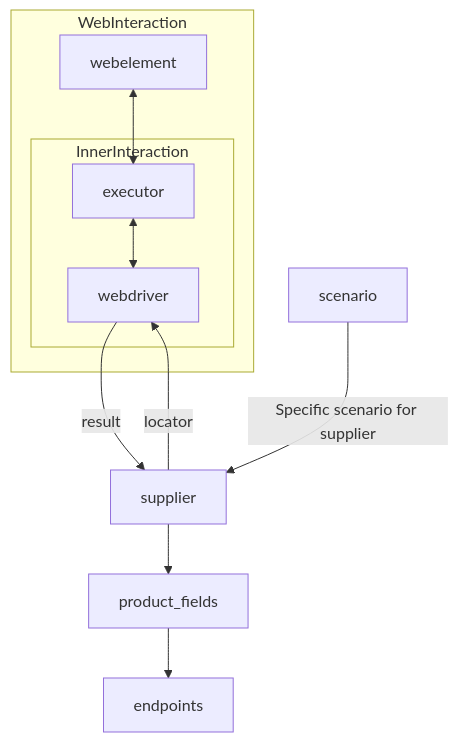
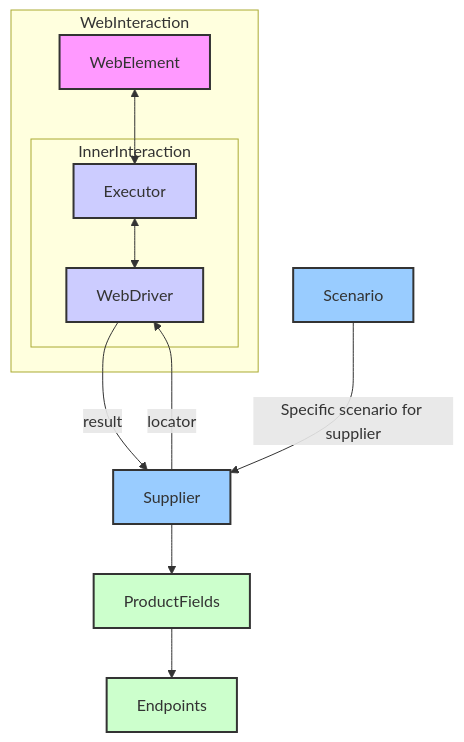
One commit to hypo69/hypo changed the second of 2 diagrams in docs/gemini/ru/explainer/src/suppliers/readme.ru.md.md. Above: the diagram before and after it, drawn with Mermaid. The commit also changed other lines of this file and 3338 other files, not shown here.

````diff
--- a/docs/gemini/ru/explainer/src/suppliers/readme.ru.md.md
+++ b/docs/gemini/ru/explainer/src/suppliers/readme.ru.md.md
@@ -78,15 +55,22 @@
 ```mermaid
 graph TD
     subgraph WebInteraction
-        webelement <--> executor
+        webelement[WebElement] <--> executor[Executor]
         subgraph InnerInteraction
-            executor <--> webdriver
+            executor <--> webdriver[WebDriver]
         end
     end
-    webdriver -->|result| supplier
+    webdriver -->|result| supplier[Supplier]
     supplier -->|locator| webdriver
-    supplier --> product_fields
-    product_fields --> endpoints
-    scenario -->|Specific scenario for supplier| supplier
+    supplier --> product_fields[ProductFields]
+    product_fields --> endpoints[Endpoints]
+    scenario[Scenario] -->|Specific scenario for supplier| supplier
 
+    style webelement fill:#f9f,stroke:#333,stroke-width:2px
+    style executor fill:#ccf,stroke:#333,stroke-width:2px
+    style webdriver fill:#ccf,stroke:#333,stroke-width:2px
+    style supplier fill:#9cf,stroke:#333,stroke-width:2px
+    style product_fields fill:#cfc,stroke:#333,stroke-width:2px
+    style endpoints fill:#cfc,stroke:#333,stroke-width:2px
+     style scenario fill:#9cf,stroke:#333,stroke-width:2px
 ```
````
